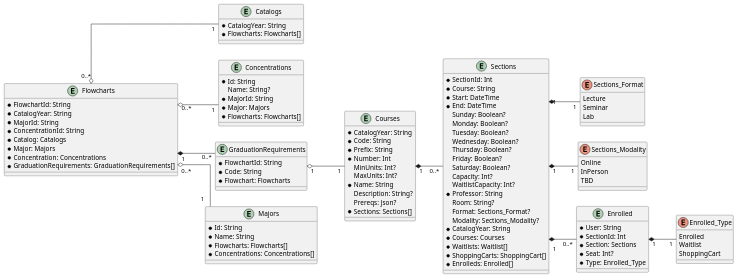
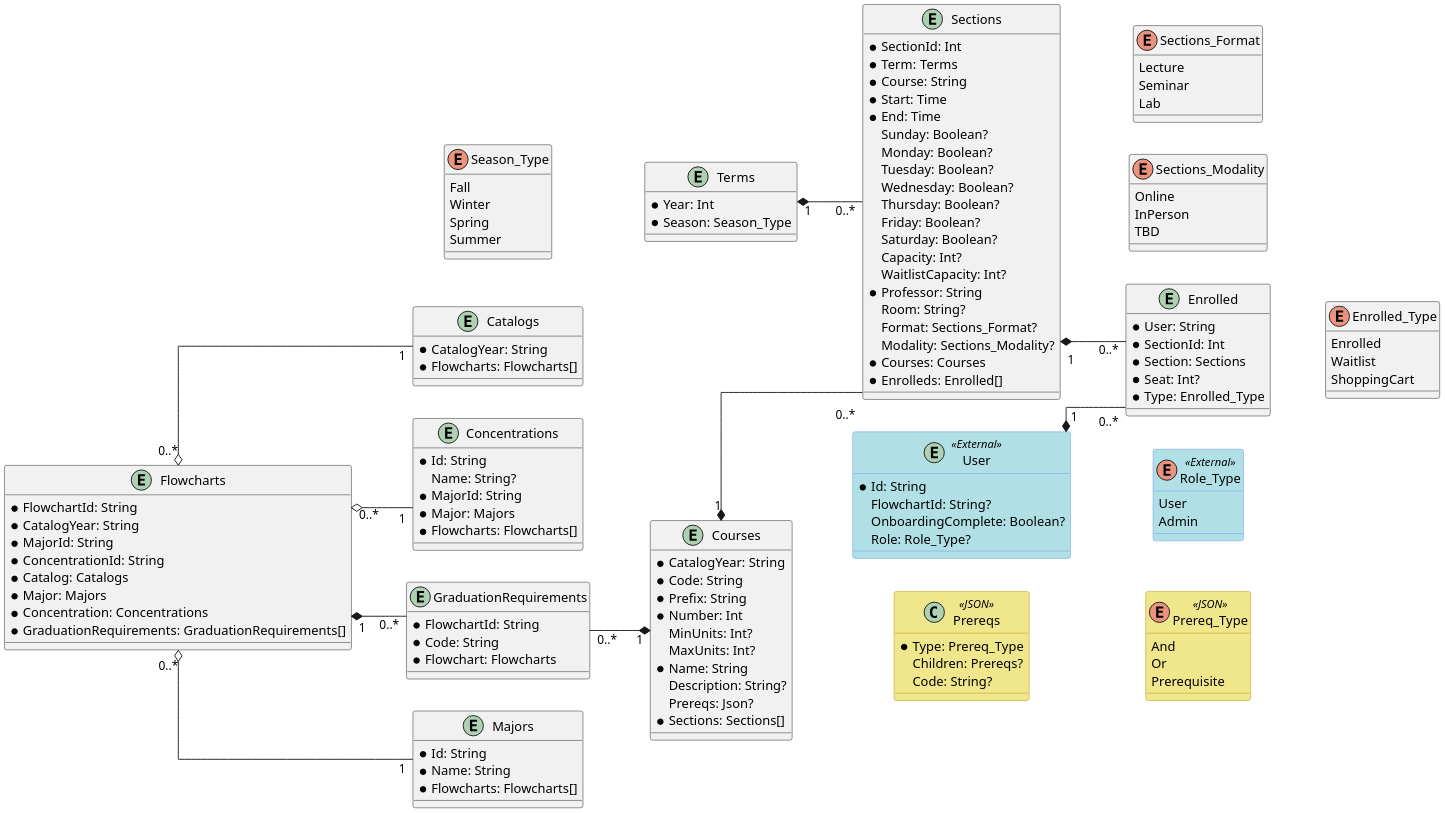
Before and after one commit to IdoPesok/enroller: the diagram in client/prisma/uml.pu, drawn with PlantUML. The commit also changed 2 other files, not shown here.

Commit message:
Schema-uml-fixes (#73)
* fix invalidation bug

* fix schema

* Update DB UML Diagram

---------

```diff
--- a/client/prisma/uml.pu
+++ b/client/prisma/uml.pu
@@ -1,120 +1,167 @@
 @startuml uml
+skinparam linetype ortho
+skinparam Dpi 192
 
-skinparam linetype ortho
+skinparam class {
+  BackgroundColor<<External>> PowderBlue
+  BorderColor<<External>> CornflowerBlue
+  BackgroundColor<<JSON>> Khaki
+  BorderColor<<JSON>> DarkGoldenRod
+}
 
 left to right direction
 
 enum Sections_Format {
   Lecture
   Seminar
   Lab
 }
 
 enum Sections_Modality {
   Online
   InPerson
   TBD
 }
 
 enum Enrolled_Type {
   Enrolled
   Waitlist
   ShoppingCart
 }
 
 entity Courses {
   * CatalogYear: String
   * Code: String
   * Prefix: String
   * Number: Int
   MinUnits: Int?
   MaxUnits: Int?
   * Name: String
   Description: String?
   Prereqs: Json?
   * Sections: Sections[]
 }
 
 ' Unifed here but not in schema yet
 entity Enrolled {
   * User: String
   * SectionId: Int
   * Section: Sections
   * Seat: Int?
   * Type: Enrolled_Type
 }
 
+entity Terms {
+  * Year: Int
+  * Season: Season_Type
+}
+
+enum Season_Type {
+  Fall
+  Winter
+  Spring
+  Summer
+}
+
 entity Sections {
   * SectionId: Int
+  * Term: Terms
   * Course: String
-  * Start: DateTime
-  * End: DateTime
+  * Start: Time
+  * End: Time
   Sunday: Boolean?
   Monday: Boolean?
   Tuesday: Boolean?
   Wednesday: Boolean?
   Thursday: Boolean?
   Friday: Boolean?
   Saturday: Boolean?
   Capacity: Int?
   WaitlistCapacity: Int?
   * Professor: String
   Room: String?
   Format: Sections_Format?
   Modality: Sections_Modality?
-  * CatalogYear: String
   * Courses: Courses
-  * Waitlists: Waitlist[]
-  * ShoppingCarts: ShoppingCart[]
   * Enrolleds: Enrolled[]
 }
 
 entity Flowcharts {
   * FlowchartId: String
   * CatalogYear: String
   * MajorId: String
   * ConcentrationId: String
   * Catalog: Catalogs
   * Major: Majors
   * Concentration: Concentrations
   * GraduationRequirements: GraduationRequirements[]
 }
 
 entity Catalogs {
   * CatalogYear: String
   * Flowcharts: Flowcharts[]
 }
 
 entity Concentrations {
   * Id: String
   Name: String?
   * MajorId: String
   * Major: Majors
   * Flowcharts: Flowcharts[]
 }
 
 entity GraduationRequirements {
   * FlowchartId: String
   * Code: String
   * Flowchart: Flowcharts
 }
 
 entity Majors {
   * Id: String
   * Name: String
   * Flowcharts: Flowcharts[]
-  * Concentrations: Concentrations[]
 }
 
+entity User <<External>> {
+  * Id: String
+  FlowchartId: String?
+  OnboardingComplete: Boolean?
+  Role: Role_Type?
+}
+
+enum Role_Type <<External>> {
+  User
+  Admin
+}
+
+class Prereqs <<JSON>> {
+  * Type: Prereq_Type
+  Children: Prereqs?
+  Code: String?
+}
+
+enum Prereq_Type <<JSON>> {
+  And
+  Or
+  Prerequisite
+}
+
+
 Courses "1" *-- "0..*" Sections
+Terms "1" *-- "0..*" Sections
 Sections "1" *-- "0..*" Enrolled
-Enrolled "1" *-- "1" Enrolled_Type
-Sections "1" *-- "1" Sections_Format
-Sections "1" *-- "1" Sections_Modality
 Flowcharts "0..*" o-- "1" Catalogs
 Flowcharts "0..*" o-- "1" Concentrations
 Flowcharts "0..*" o-- "1" Majors
 Flowcharts "1" *-- "0..*" GraduationRequirements
-GraduationRequirements "1"  o-- "1" Courses
+GraduationRequirements "0..*"  --* "1" Courses
+User "1" *-- "0..*" Enrolled
+Enrolled -[hidden]- Enrolled_Type
+Sections -[hidden]- Sections_Format
+Sections -[hidden]- Sections_Modality
+User -[hidden]- Role_Type
+Prereqs -[hidden]- Prereq_Type
+Courses -[hidden]- Prereqs
+Terms -up[hidden]- Season_Type
 
 @enduml
```
